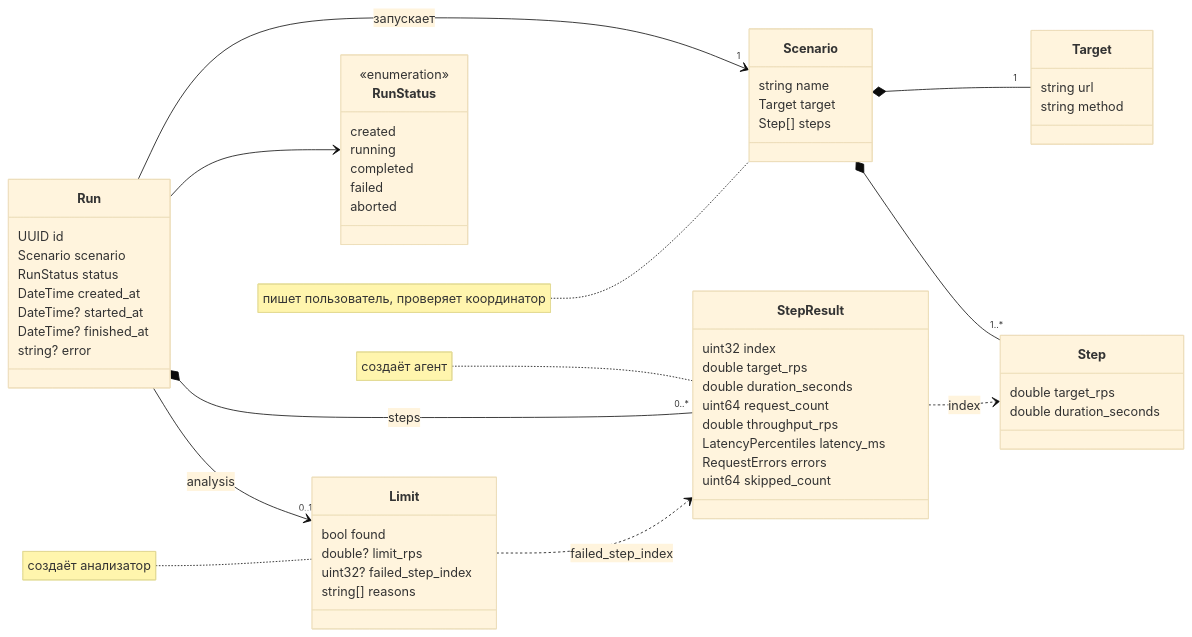
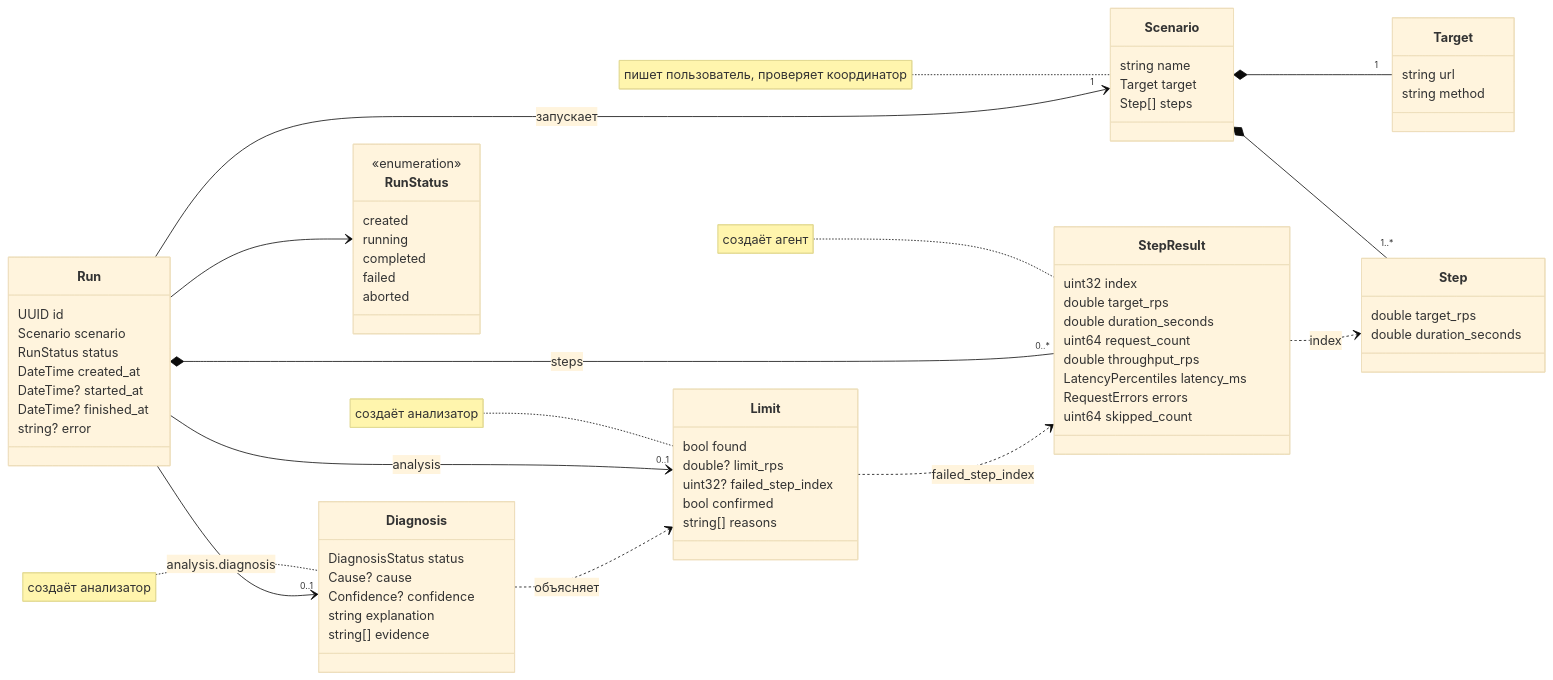
One commit to Rofls-Inc/Bendmark changed the first of 2 diagrams in docs/domain.md. Above: the diagram before and after it, drawn with Mermaid (base theme). The commit also changed other lines of this file and 25 other files, not shown here.

````diff
--- a/docs/domain.md
+++ b/docs/domain.md
@@ -91,64 +124,75 @@
 ```mermaid
 classDiagram
     direction LR
 
     class Scenario {
         string name
         Target target
         Step[] steps
     }
     class Target {
         string url
         string method
     }
     class Step {
         double target_rps
         double duration_seconds
     }
     class Run {
         UUID id
         Scenario scenario
         RunStatus status
         DateTime created_at
         DateTime? started_at
         DateTime? finished_at
         string? error
     }
     class StepResult {
         uint32 index
         double target_rps
         double duration_seconds
         uint64 request_count
         double throughput_rps
         LatencyPercentiles latency_ms
         RequestErrors errors
         uint64 skipped_count
     }
     class Limit {
         bool found
         double? limit_rps
         uint32? failed_step_index
+        bool confirmed
         string[] reasons
+    }
+    class Diagnosis {
+        DiagnosisStatus status
+        Cause? cause
+        Confidence? confidence
+        string explanation
+        string[] evidence
     }
     class RunStatus {
         <<enumeration>>
         created
         running
         completed
         failed
         aborted
     }
 
     Scenario *-- "1" Target
     Scenario *-- "1..*" Step
     Run --> "1" Scenario : запускает
     Run --> RunStatus
     Run *-- "0..*" StepResult : steps
     Run --> "0..1" Limit : analysis
+    Run --> "0..1" Diagnosis : analysis.diagnosis
+    Diagnosis ..> Limit : объясняет
     StepResult ..> Step : index
     Limit ..> StepResult : failed_step_index
 
     note for Scenario "пишет пользователь, проверяет координатор"
     note for StepResult "создаёт агент"
     note for Limit "создаёт анализатор"
+    note for Diagnosis "создаёт анализатор"
 ```
````
